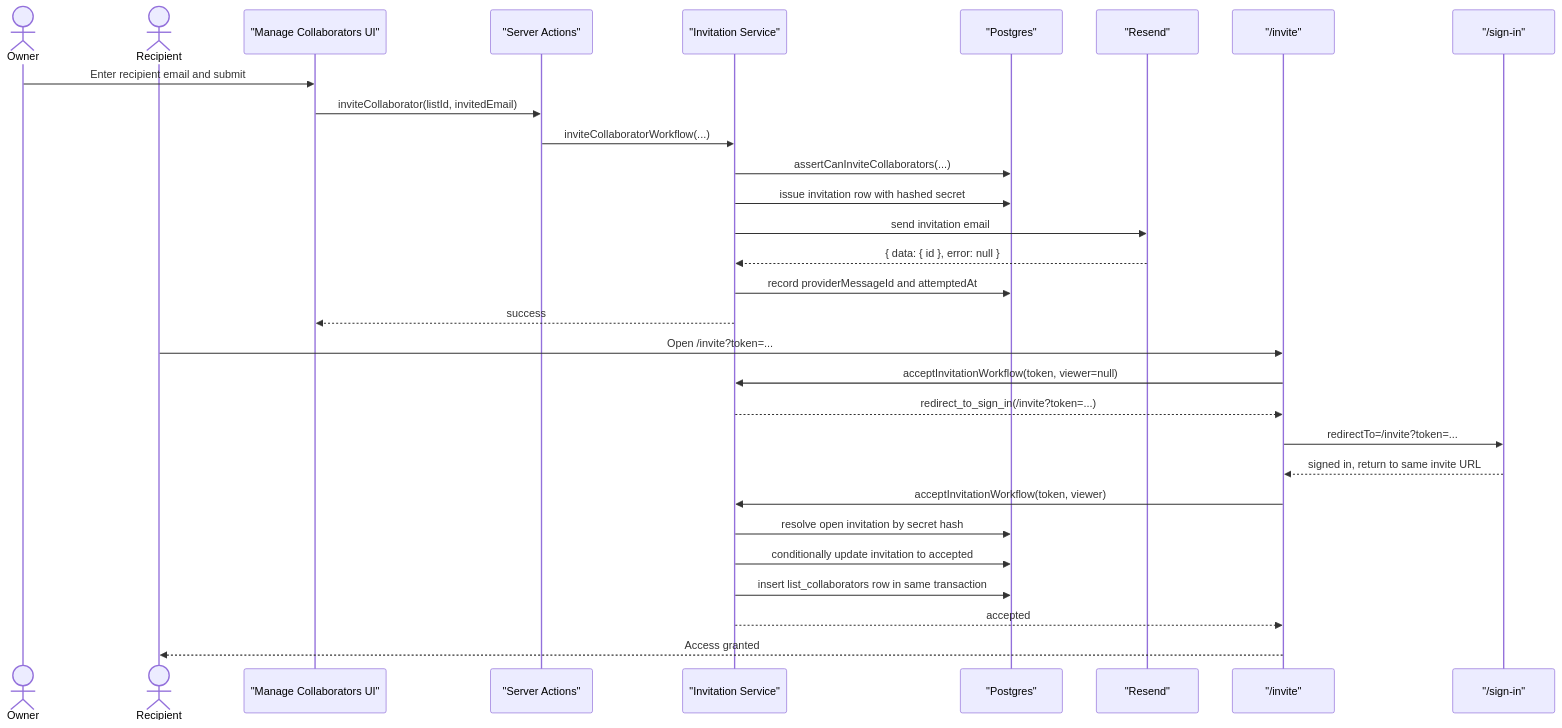
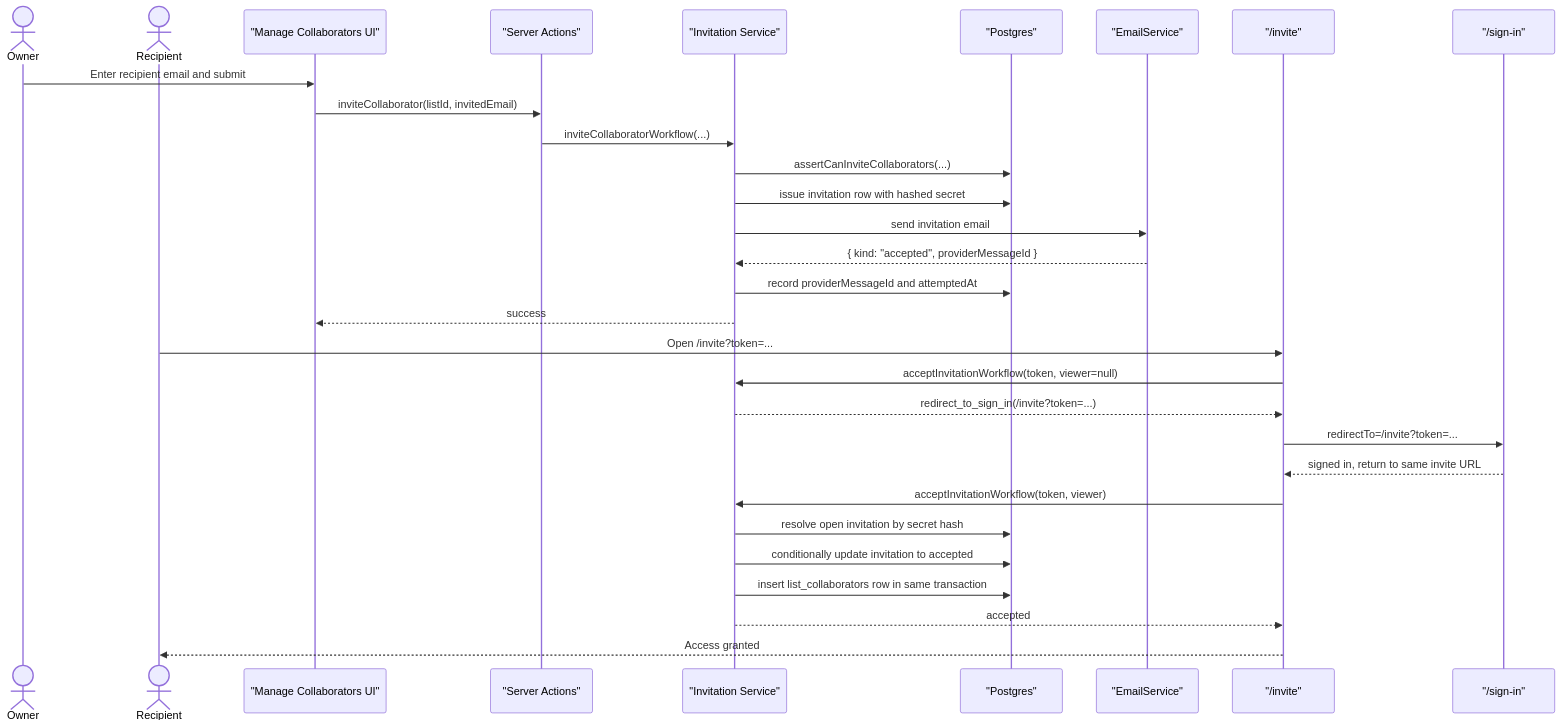
The first of 18 diagrams in thoughts/shared/plans/2026-03-11-email-invitation-system-scenarios.md (Software-Design-Club/todo-app), drawn with Mermaid before and after one commit. The commit also changed other lines of this file and 1 other file, not shown here.

Commit message:
plan: expand invitation e2e coverage and email testability

````diff
--- a/thoughts/shared/plans/2026-03-11-email-invitation-system-scenarios.md
+++ b/thoughts/shared/plans/2026-03-11-email-invitation-system-scenarios.md
@@ -68,34 +71,34 @@
 ```mermaid
 sequenceDiagram
   actor Owner
   actor Recipient
   participant UI as "Manage Collaborators UI"
   participant Action as "Server Actions"
   participant Service as "Invitation Service"
   participant DB as "Postgres"
-  participant Resend as "Resend"
+  participant Email as "EmailService"
   participant Invite as "/invite"
   participant Auth as "/sign-in"
 
   Owner->>UI: Enter recipient email and submit
   UI->>Action: inviteCollaborator(listId, invitedEmail)
   Action->>Service: inviteCollaboratorWorkflow(...)
   Service->>DB: assertCanInviteCollaborators(...)
   Service->>DB: issue invitation row with hashed secret
-  Service->>Resend: send invitation email
-  Resend-->>Service: { data: { id }, error: null }
+  Service->>Email: send invitation email
+  Email-->>Service: { kind: "accepted", providerMessageId }
   Service->>DB: record providerMessageId and attemptedAt
   Service-->>UI: success
 
   Recipient->>Invite: Open /invite?token=...
   Invite->>Service: acceptInvitationWorkflow(token, viewer=null)
   Service-->>Invite: redirect_to_sign_in(/invite?token=...)
   Invite->>Auth: redirectTo=/invite?token=...
   Auth-->>Invite: signed in, return to same invite URL
   Invite->>Service: acceptInvitationWorkflow(token, viewer)
   Service->>DB: resolve open invitation by secret hash
   Service->>DB: conditionally update invitation to accepted
   Service->>DB: insert list_collaborators row in same transaction
   Service-->>Invite: accepted
   Invite-->>Recipient: Access granted
 ```
````
